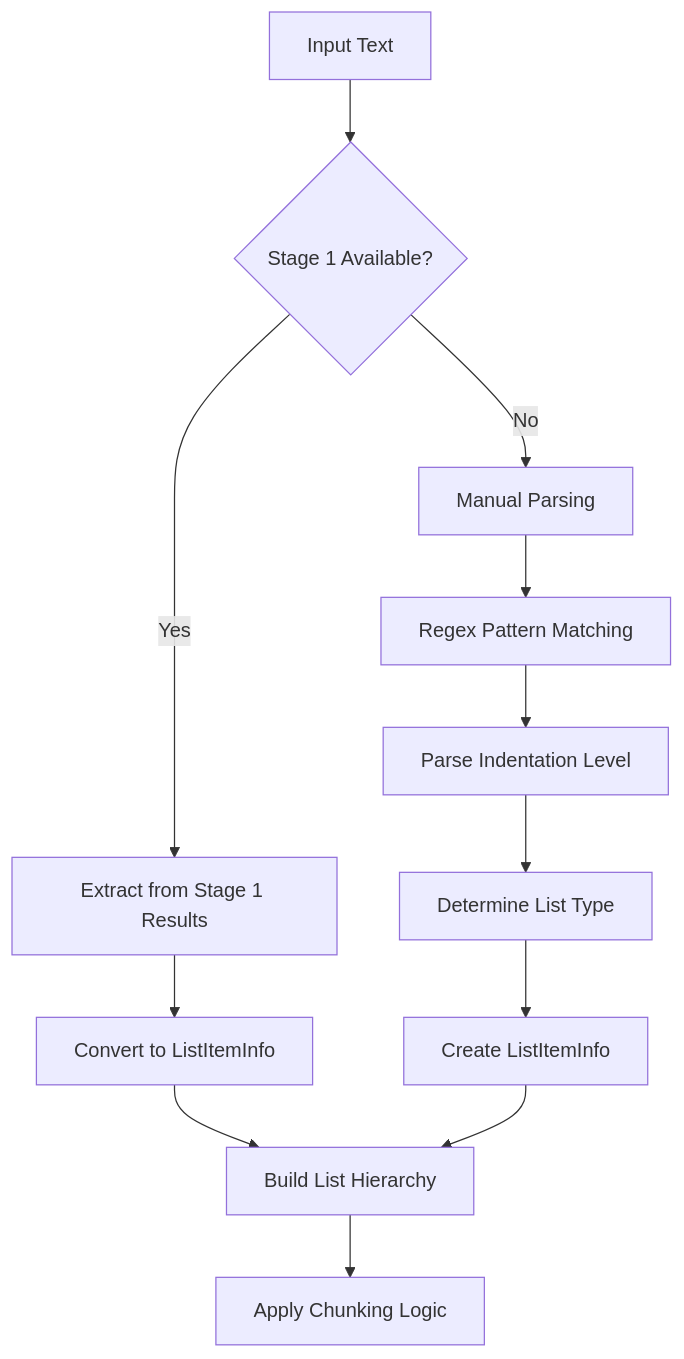
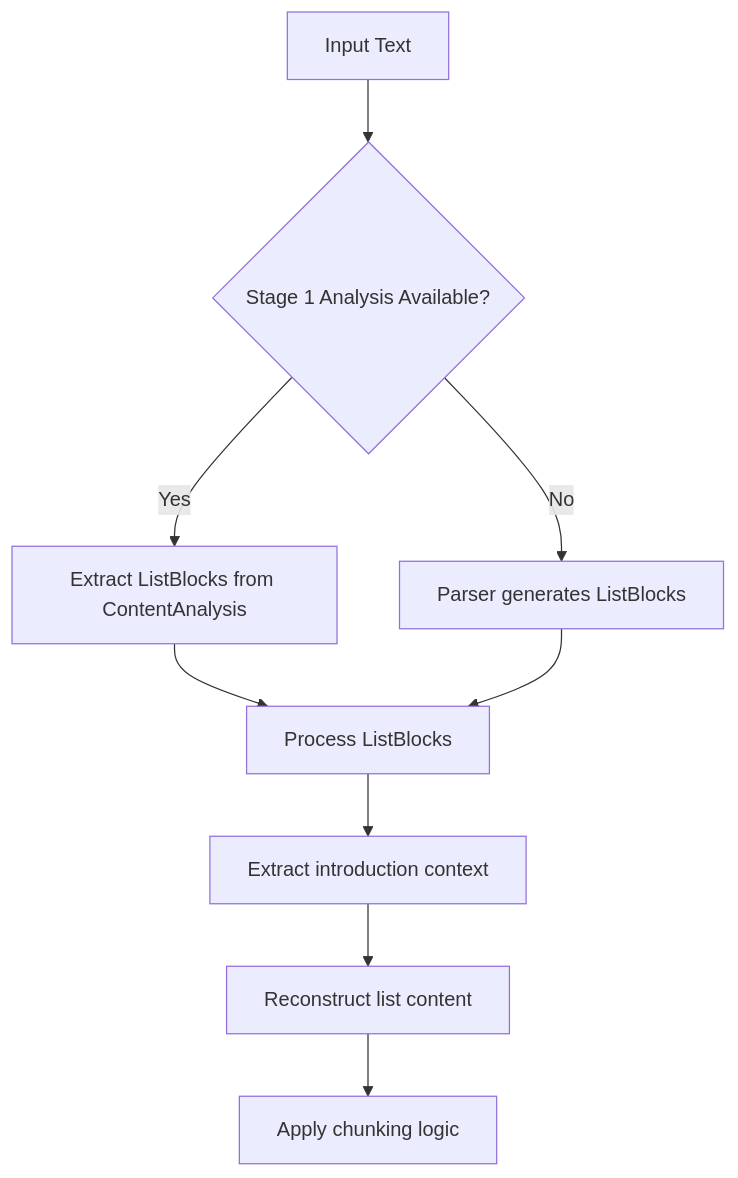
The third of 5 diagrams in .qoder/repowiki/en/content/Chunking Strategies/List Strategy.md (asukhodko/dify-markdown-chunker), drawn with Mermaid before and after one commit. The commit also changed other lines of this file and 5 other files, not shown here.

````diff
--- a/.qoder/repowiki/en/content/Chunking Strategies/List Strategy.md
+++ b/.qoder/repowiki/en/content/Chunking Strategies/List Strategy.md
@@ -176,14 +206,11 @@
 ```mermaid
 flowchart TD
-A["Input Text"] --> B{"Stage 1 Available?"}
-B --> |Yes| C["Extract from Stage 1 Results"]
-B --> |No| D["Manual Parsing"]
-C --> E["Convert to ListItemInfo"]
-D --> F["Regex Pattern Matching"]
-F --> G["Parse Indentation Level"]
-G --> H["Determine List Type"]
-H --> I["Create ListItemInfo"]
-E --> J["Build List Hierarchy"]
-I --> J
-J --> K["Apply Chunking Logic"]
+A["Input Text"] --> B{"Stage 1 Analysis Available?"}
+B --> |Yes| C["Extract ListBlocks from ContentAnalysis"]
+B --> |No| D["Parser generates ListBlocks"]
+C --> E["Process ListBlocks"]
+D --> E
+E --> F["Extract introduction context"]
+F --> G["Reconstruct list content"]
+G --> H["Apply chunking logic"]
 ```
````
